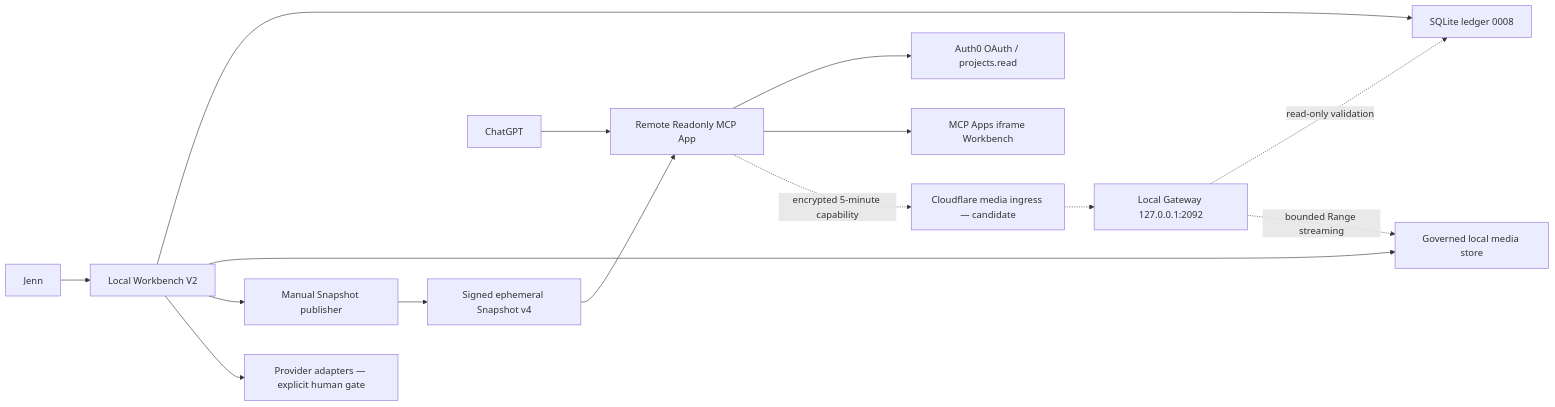
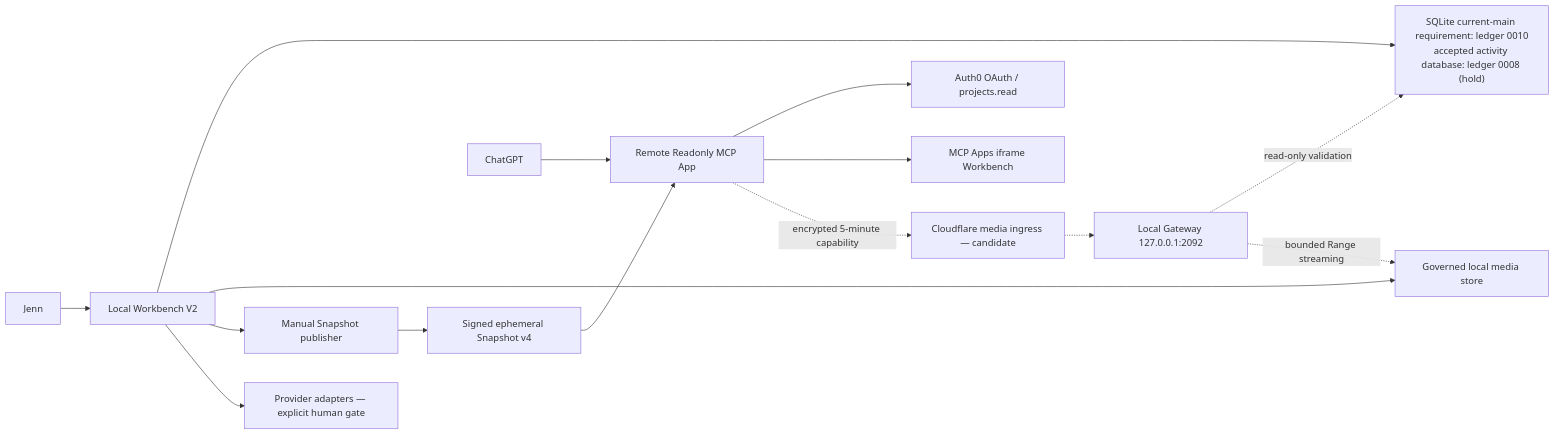
Before and after one commit to JENN2046/AI-Video-Production-Local-Bridge: the diagram in docs/ARCHITECTURE.md, drawn with Mermaid. The commit also changed other lines of this file and 6 other files, not shown here.

Commit message:
docs: hold current runtime pending migration

````diff
--- a/docs/ARCHITECTURE.md
+++ b/docs/ARCHITECTURE.md
@@ -8,17 +8,17 @@
 ```mermaid
 flowchart LR
     J["Jenn"] --> W["Local Workbench V2"]
-    W --> DB["SQLite ledger 0008"]
+    W --> DB["SQLite current-main requirement: ledger 0010\naccepted activity database: ledger 0008 (hold)"]
     W --> FS["Governed local media store"]
     W --> PA["Manual Snapshot publisher"]
     PA --> SS["Signed ephemeral Snapshot v4"]
     SS --> RM["Remote Readonly MCP App"]
     C["ChatGPT"] --> RM
     RM --> AU["Auth0 OAuth / projects.read"]
     RM --> UI["MCP Apps iframe Workbench"]
     RM -. "encrypted 5-minute capability" .-> CF["Cloudflare media ingress — candidate"]
     CF -.-> GW["Local Gateway 127.0.0.1:2092"]
     GW -. "read-only validation" .-> DB
     GW -. "bounded Range streaming" .-> FS
     W --> PR["Provider adapters — explicit human gate"]
 ```
````
